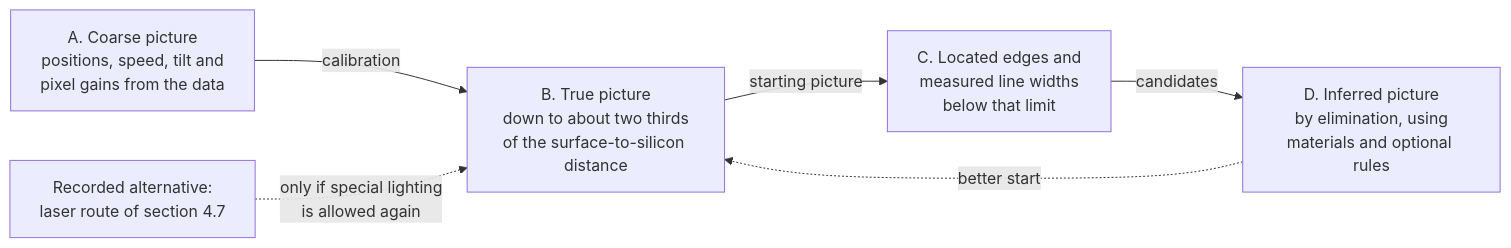
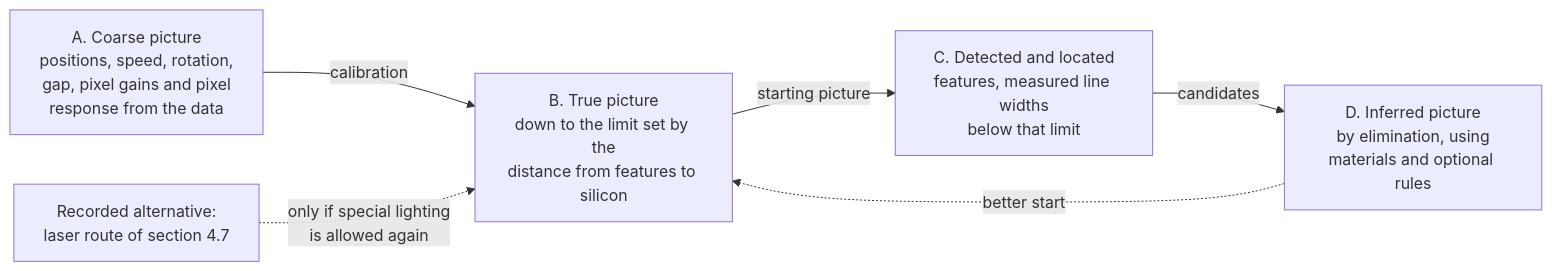
Before and after one commit to mithro/ccd-superres: the fourth of 6 diagrams in docs/design.md, drawn with Mermaid. The commit also changed other lines of this file and 20 other files, not shown here.

````diff
--- a/docs/design.md
+++ b/docs/design.md
@@ -1119,13 +1166,13 @@
 ```mermaid
 flowchart LR
-    A["A. Coarse picture<br/>positions, speed, tilt and<br/>pixel gains from the data"]
-    B["B. True picture<br/>down to about two thirds<br/>of the surface-to-silicon distance"]
-    C["C. Located edges and<br/>measured line widths<br/>below that limit"]
+    A["A. Coarse picture<br/>positions, speed, rotation,<br/>gap, pixel gains and pixel<br/>response from the data"]
+    B["B. True picture<br/>down to the limit set by the<br/>distance from features to silicon"]
+    C["C. Detected and located<br/>features, measured line widths<br/>below that limit"]
     D["D. Inferred picture<br/>by elimination, using<br/>materials and optional rules"]
     X["Recorded alternative:<br/>laser route of section 4.7"]
     A -->|"calibration"| B
     B -->|"starting picture"| C
     C -->|"candidates"| D
     D -.->|"better start"| B
     X -.->|"only if special lighting<br/>is allowed again"| B
 ```
````
